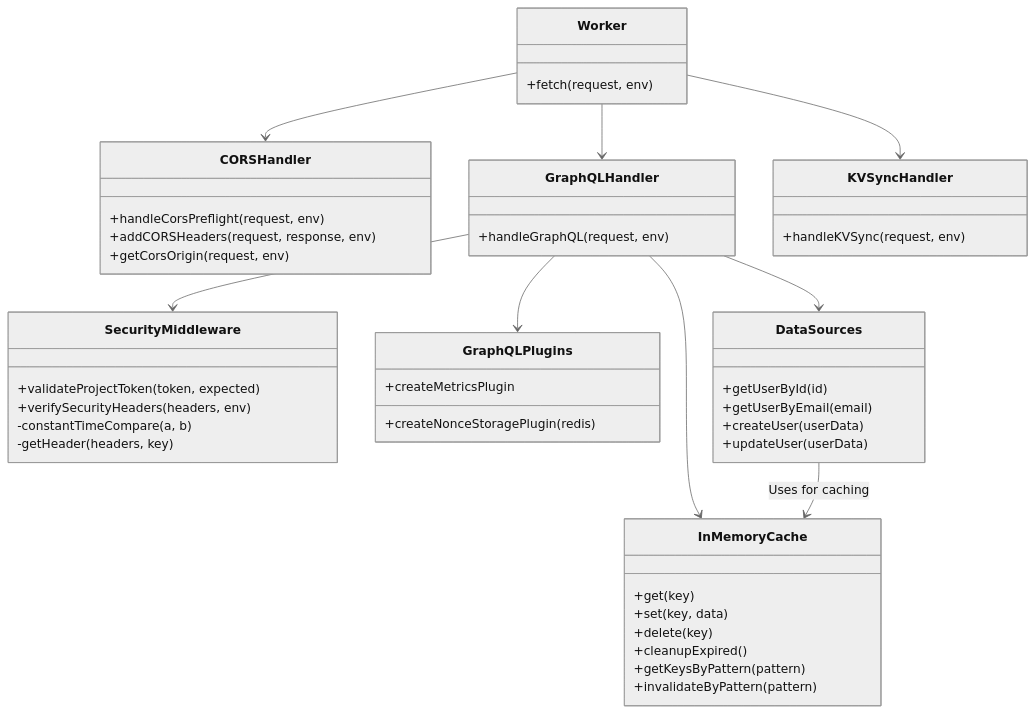
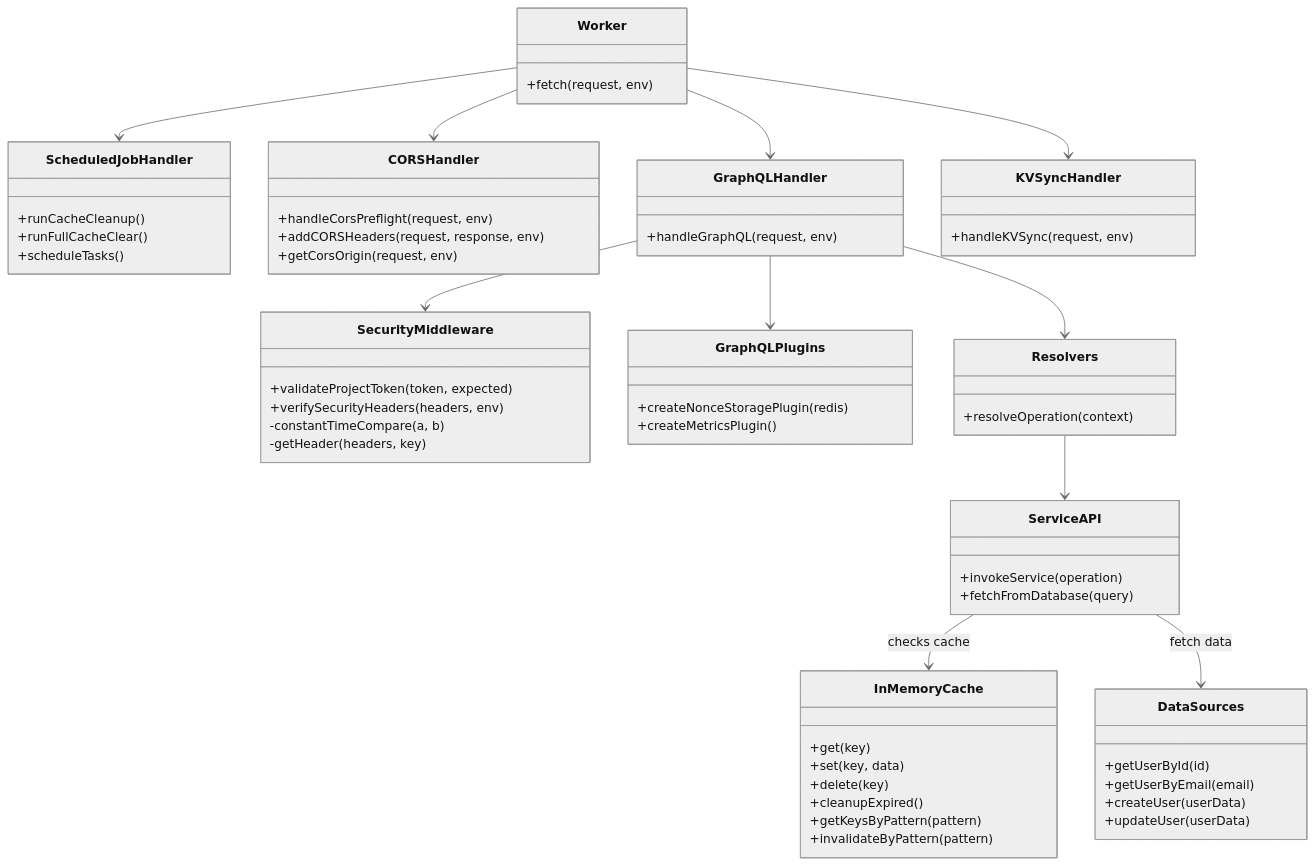
Before and after one commit to vinodhj/expense-microservices: the seventh of 15 diagrams in docs/user-services.md, drawn with Mermaid (neutral theme). The commit also changed other lines of this file, not shown here.

Commit message:
mermaid tweaks-4

````diff
--- a/docs/user-services.md
+++ b/docs/user-services.md
@@ -380,57 +389,76 @@
 ```mermaid
 classDiagram
     class Worker {
         +fetch(request, env)
+    }
+
+    class ScheduledJobHandler {
+        +runCacheCleanup()
+        +runFullCacheClear()
+        +scheduleTasks()
     }
 
     class CORSHandler {
         +handleCorsPreflight(request, env)
         +addCORSHeaders(request, response, env)
         +getCorsOrigin(request, env)
     }
 
     class GraphQLHandler {
         +handleGraphQL(request, env)
     }
 
     class KVSyncHandler {
         +handleKVSync(request, env)
     }
 
     class SecurityMiddleware {
         +validateProjectToken(token, expected)
         +verifySecurityHeaders(headers, env)
         -constantTimeCompare(a, b)
         -getHeader(headers, key)
     }
 
     class GraphQLPlugins {
         +createNonceStoragePlugin(redis)
-        +createMetricsPlugin
+        +createMetricsPlugin()
+    }
+
+    class Resolvers {
+        +resolveOperation(context)
+    }
+
+    class ServiceAPI {
+        +invokeService(operation)
+        +fetchFromDatabase(query)
     }
 
     class InMemoryCache {
         +get(key)
         +set(key, data)
         +delete(key)
         +cleanupExpired()
         +getKeysByPattern(pattern)
         +invalidateByPattern(pattern)
     }
 
     class DataSources {
         +getUserById(id)
         +getUserByEmail(email)
         +createUser(userData)
         +updateUser(userData)
     }
 
     Worker --> CORSHandler
     Worker --> GraphQLHandler
     Worker --> KVSyncHandler
+    Worker --> ScheduledJobHandler
+
     GraphQLHandler --> SecurityMiddleware
     GraphQLHandler --> GraphQLPlugins
-    GraphQLHandler --> InMemoryCache
-    GraphQLHandler --> DataSources
-    DataSources --> InMemoryCache: Uses for caching
+    GraphQLHandler --> Resolvers
+
+    Resolvers --> ServiceAPI
+    ServiceAPI --> InMemoryCache: checks cache
+    ServiceAPI --> DataSources: fetch data
 ```
````
